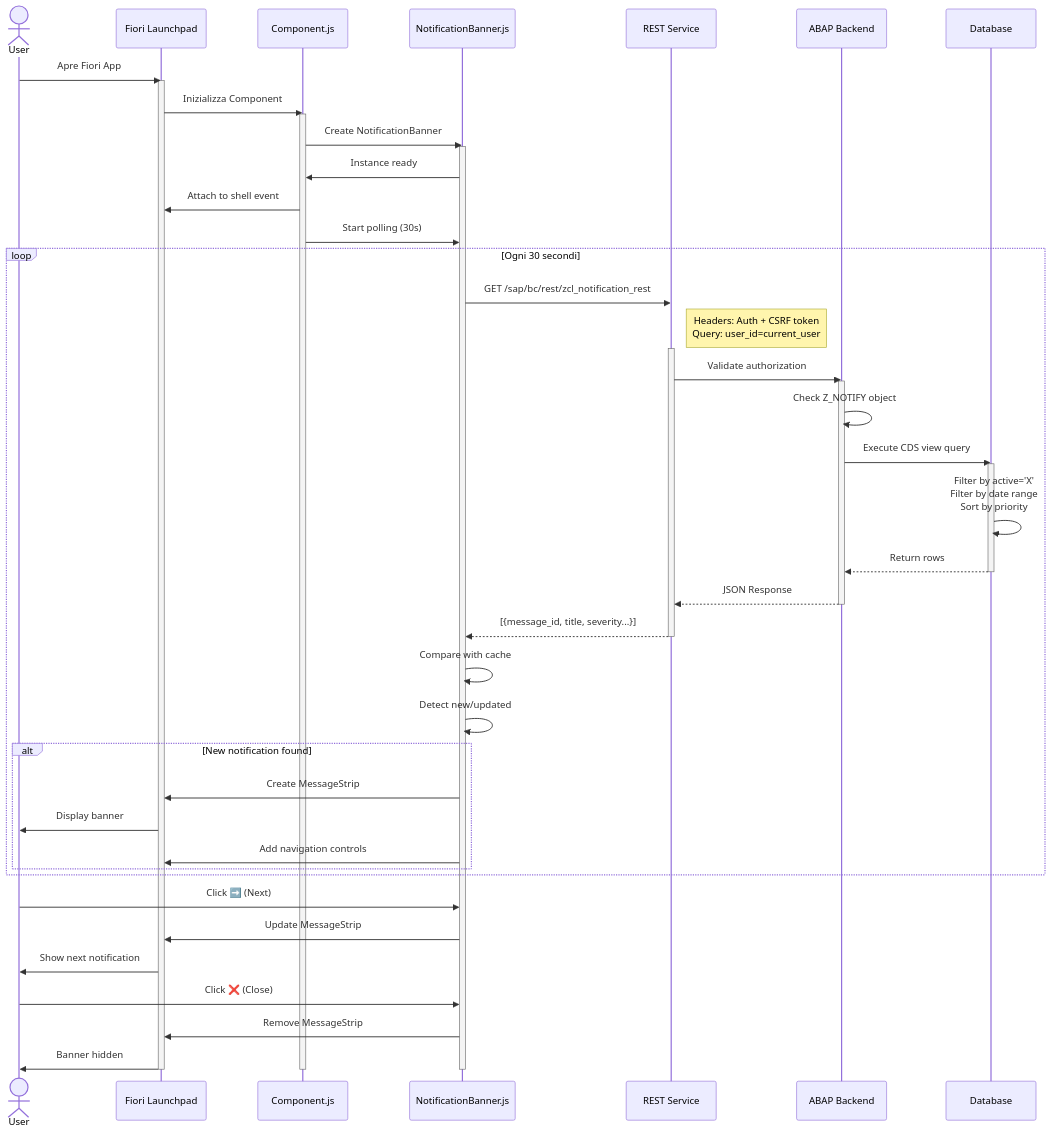
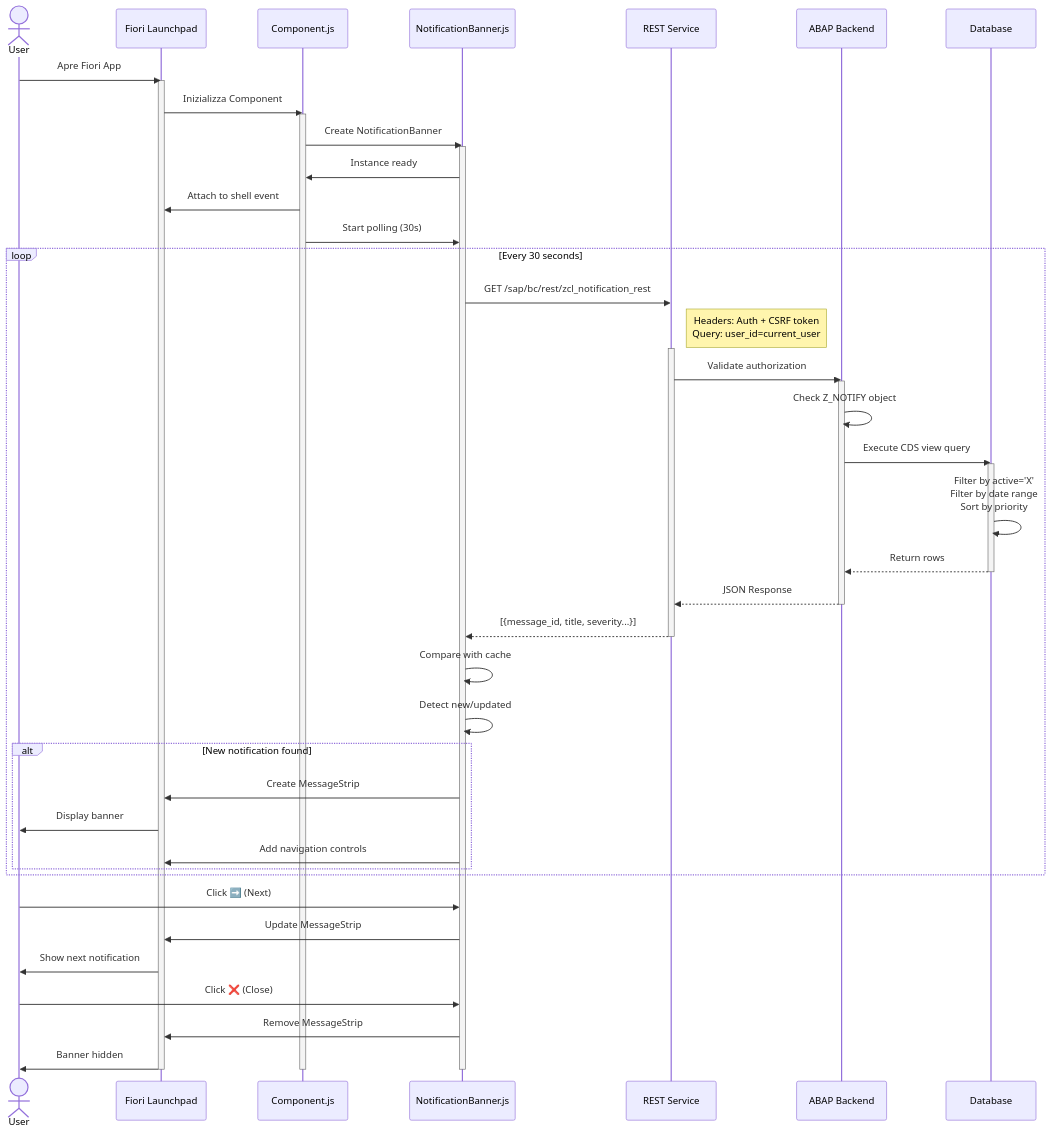
The second of 6 diagrams in docs/ARCHITECTURE.md (Raistlin82/sap-fiori-notification-banner), drawn with Mermaid before and after one commit. The commit also changed other lines of this file and 6 other files, not shown here.

````diff
--- a/docs/ARCHITECTURE.md
+++ b/docs/ARCHITECTURE.md
@@ -62,59 +62,59 @@
 ```mermaid
 sequenceDiagram
     actor User
     participant FLP as Fiori Launchpad
     participant Comp as Component.js
     participant Banner as NotificationBanner.js
     participant REST as REST Service
     participant Backend as ABAP Backend
     participant DB as Database
 
     User->>FLP: Apre Fiori App
     activate FLP
     FLP->>Comp: Inizializza Component
     activate Comp
     Comp->>Banner: Create NotificationBanner
     activate Banner
     Banner->>Comp: Instance ready
     Comp->>FLP: Attach to shell event
     Comp->>Banner: Start polling (30s)
 
-    loop Ogni 30 secondi
+    loop Every 30 seconds
         Banner->>REST: GET /sap/bc/rest/zcl_notification_rest
         Note right of REST: Headers: Auth + CSRF token<br/>Query: user_id=current_user
         activate REST
         REST->>Backend: Validate authorization
         activate Backend
         Backend->>Backend: Check Z_NOTIFY object
         Backend->>DB: Execute CDS view query
         activate DB
         DB->>DB: Filter by active='X'<br/>Filter by date range<br/>Sort by priority
         DB-->>Backend: Return rows
         deactivate DB
         Backend-->>REST: JSON Response
         deactivate Backend
         REST-->>Banner: [{message_id, title, severity...}]
         deactivate REST
 
         Banner->>Banner: Compare with cache
         Banner->>Banner: Detect new/updated
 
         alt New notification found
             Banner->>FLP: Create MessageStrip
             FLP->>User: Display banner
             Banner->>FLP: Add navigation controls
         end
     end
 
     User->>Banner: Click ➡️ (Next)
     Banner->>FLP: Update MessageStrip
     FLP->>User: Show next notification
 
     User->>Banner: Click ❌ (Close)
     Banner->>FLP: Remove MessageStrip
     FLP->>User: Banner hidden
 
     deactivate Banner
     deactivate Comp
     deactivate FLP
 ```
````
